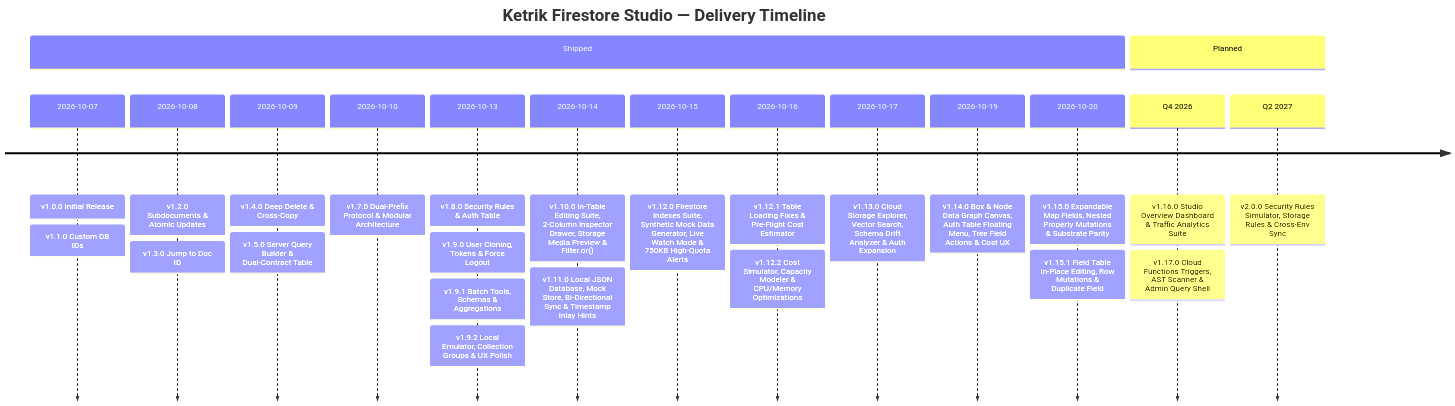
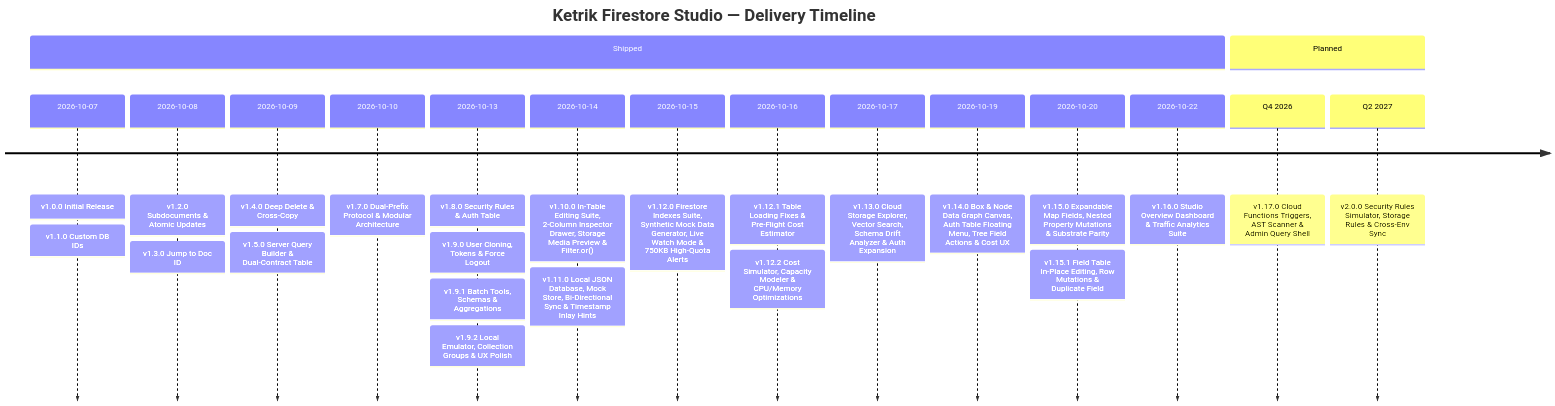
One commit to ketrik/ketrik-firestore-studio changed the diagram in ROADMAP.md. Above: the diagram before and after it, drawn with Mermaid. The commit also changed other lines of this file and 10 other files, not shown here.

````diff
--- a/ROADMAP.md
+++ b/ROADMAP.md
@@ -5,19 +5,20 @@
 ```mermaid
 timeline
     title Ketrik Firestore Studio — Delivery Timeline
     section Shipped
         2026-10-07 : v1.0.0 Initial Release : v1.1.0 Custom DB IDs
         2026-10-08 : v1.2.0 Subdocuments & Atomic Updates : v1.3.0 Jump to Doc ID
         2026-10-09 : v1.4.0 Deep Delete & Cross-Copy : v1.5.0 Server Query Builder & Dual-Contract Table
         2026-10-10 : v1.7.0 Dual-Prefix Protocol & Modular Architecture
         2026-10-13 : v1.8.0 Security Rules & Auth Table : v1.9.0 User Cloning, Tokens & Force Logout : v1.9.1 Batch Tools, Schemas & Aggregations : v1.9.2 Local Emulator, Collection Groups & UX Polish
         2026-10-14 : v1.10.0 In-Table Editing Suite, 2-Column Inspector Drawer, Storage Media Preview & Filter.or() : v1.11.0 Local JSON Database, Mock Store, Bi-Directional Sync & Timestamp Inlay Hints
         2026-10-15 : v1.12.0 Firestore Indexes Suite, Synthetic Mock Data Generator, Live Watch Mode & 750KB High-Quota Alerts
         2026-10-16 : v1.12.1 Table Loading Fixes & Pre-Flight Cost Estimator : v1.12.2 Cost Simulator, Capacity Modeler & CPU/Memory Optimizations
         2026-10-17 : v1.13.0 Cloud Storage Explorer, Vector Search, Schema Drift Analyzer & Auth Expansion
         2026-10-19 : v1.14.0 Box & Node Data Graph Canvas, Auth Table Floating Menu, Tree Field Actions & Cost UX
         2026-10-20 : v1.15.0 Expandable Map Fields, Nested Property Mutations & Substrate Parity : v1.15.1 Field Table In-Place Editing, Row Mutations & Duplicate Field
+        2026-10-22 : v1.16.0 Studio Overview Dashboard & Traffic Analytics Suite
     section Planned
-        Q4 2026 : v1.16.0 Studio Overview Dashboard & Traffic Analytics Suite : v1.17.0 Cloud Functions Triggers, AST Scanner & Admin Query Shell
+        Q4 2026 : v1.17.0 Cloud Functions Triggers, AST Scanner & Admin Query Shell
         Q2 2027 : v2.0.0 Security Rules Simulator, Storage Rules & Cross-Env Sync
 ```
````
